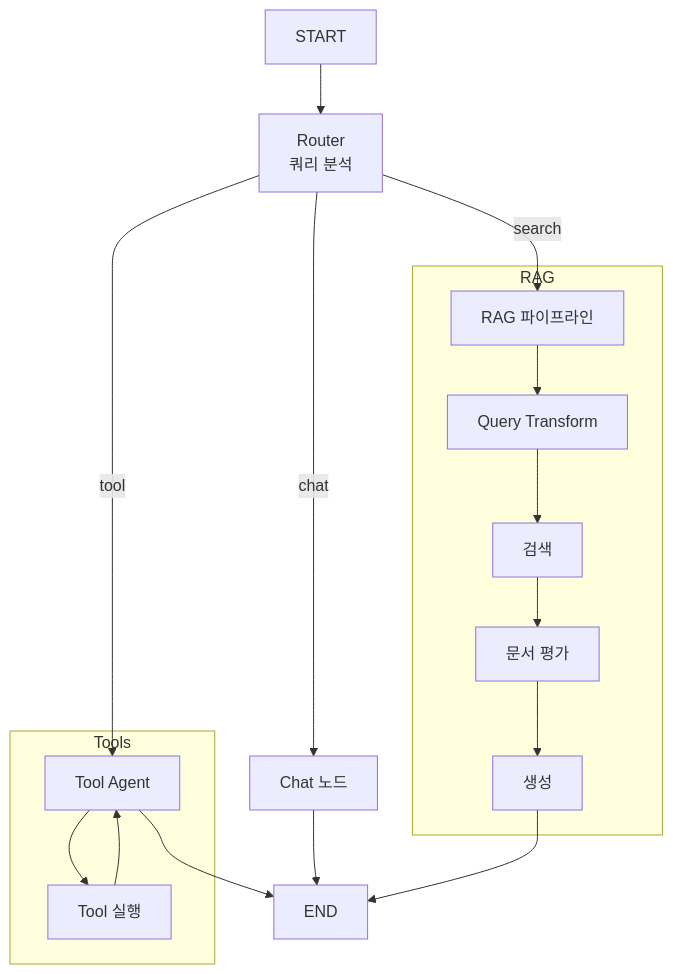
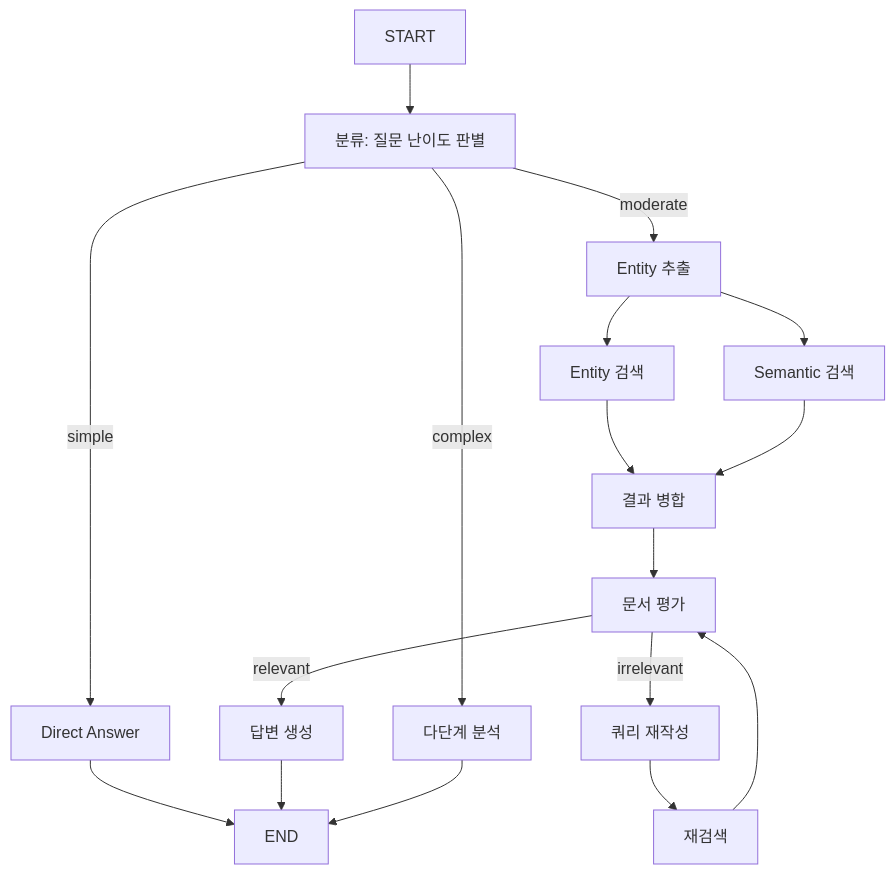
One commit to Ranponim/rag_agent changed the diagram in docs/05_integrated_test.md. Above: the diagram before and after it, drawn with Mermaid. The commit also changed other lines of this file and 17 other files, not shown here.

````diff
--- a/docs/05_integrated_test.md
+++ b/docs/05_integrated_test.md
@@ -45,24 +35,23 @@
 ```mermaid
 graph TD
-    START --> router[Router<br/>쿼리 분석]
+    START --> classify[분류: 질문 난이도 판별]
     
-    router -->|chat| chat[Chat 노드]
-    router -->|search| rag[RAG 파이프라인]
-    router -->|tool| tool[Tool Agent]
+    classify -->|simple| direct[Direct Answer]
+    classify -->|moderate| entity[Entity 추출]
+    classify -->|complex| complex_rag[다단계 분석]
     
-    subgraph RAG
-        rag --> qt[Query Transform]
-        qt --> retrieve[검색]
-        retrieve --> grade[문서 평가]
-        grade --> generate[생성]
-    end
+    entity --> entity_search[Entity 검색]
+    entity --> semantic[Semantic 검색]
+    entity_search --> merge[결과 병합]
+    semantic --> merge
     
-    subgraph Tools
-        tool --> tools[Tool 실행]
-        tools --> tool
-    end
+    merge --> grade[문서 평가]
+    grade -->|relevant| generate[답변 생성]
+    grade -->|irrelevant| rewrite[쿼리 재작성]
+    rewrite --> retrieve[재검색]
+    retrieve --> grade
     
-    chat --> END
+    direct --> END
     generate --> END
-    tool --> END
+    complex_rag --> END
 ```
````
